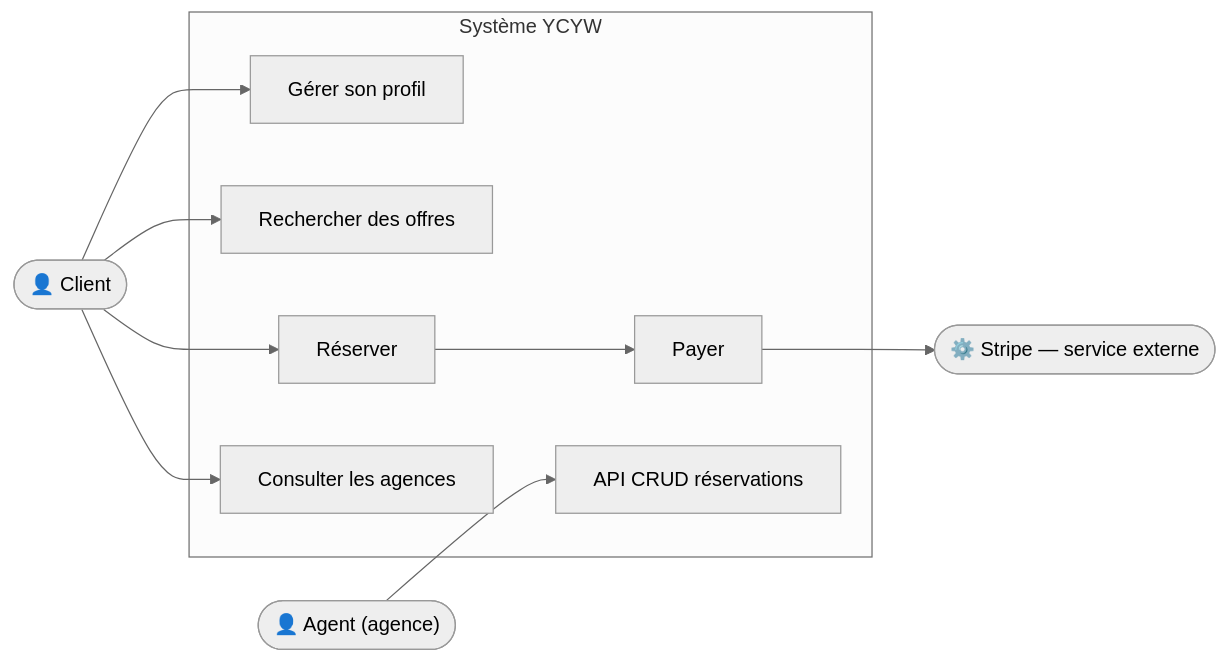
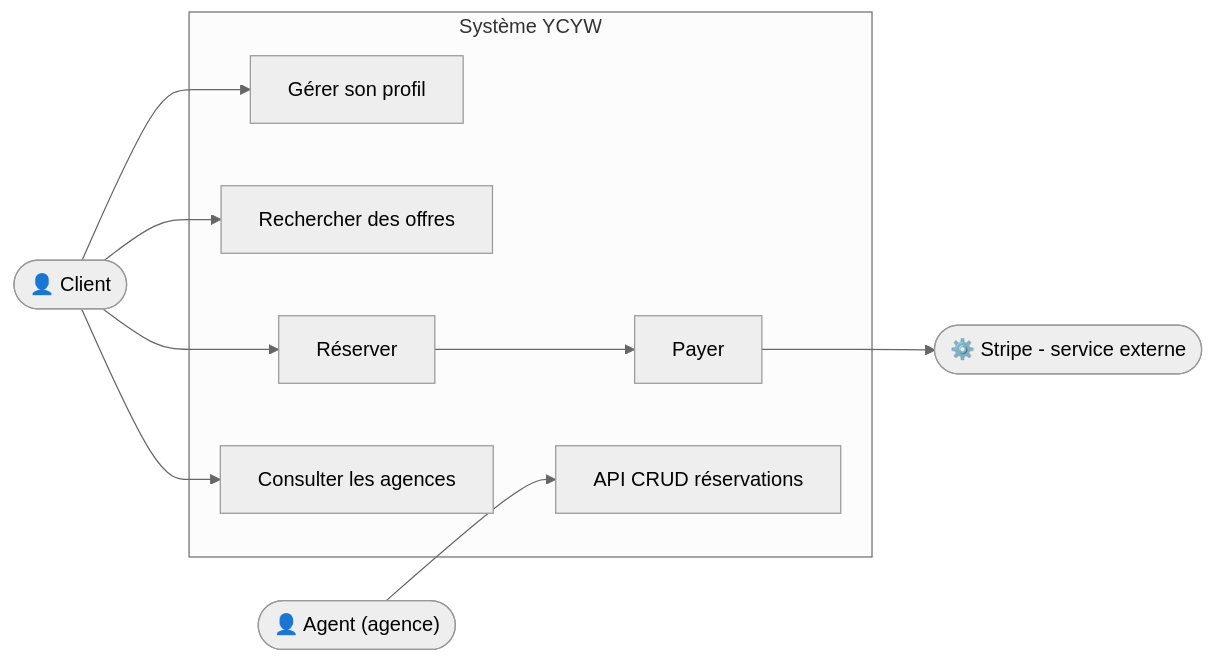
Before and after one commit to anthony-openclassroom/p10-yourcaryourway: the second of 10 diagrams in docs/architecture.md, drawn with Mermaid (neutral theme). The commit also changed other lines of this file and 10 other files, not shown here.

````diff
--- a/docs/architecture.md
+++ b/docs/architecture.md
@@ -143,23 +143,23 @@
 ```mermaid
 flowchart LR
     Client(["👤 Client"])
     Agent(["👤 Agent (agence)"])
-    Stripe(["⚙️ Stripe — service externe"])
+    Stripe(["⚙️ Stripe - service externe"])
 
     subgraph YCYW ["Système YCYW"]
         UC1["Gérer son profil"]
         UC2["Rechercher des offres"]
         UC3["Réserver"]
         UC4["Consulter les agences"]
         UC5["Payer"]
         UC6["API CRUD réservations"]
     end
 
     Client --> UC1
     Client --> UC2
     Client --> UC3
     Client --> UC4
     UC3 --> UC5
     UC5 --> Stripe
     Agent --> UC6
 ```
````
